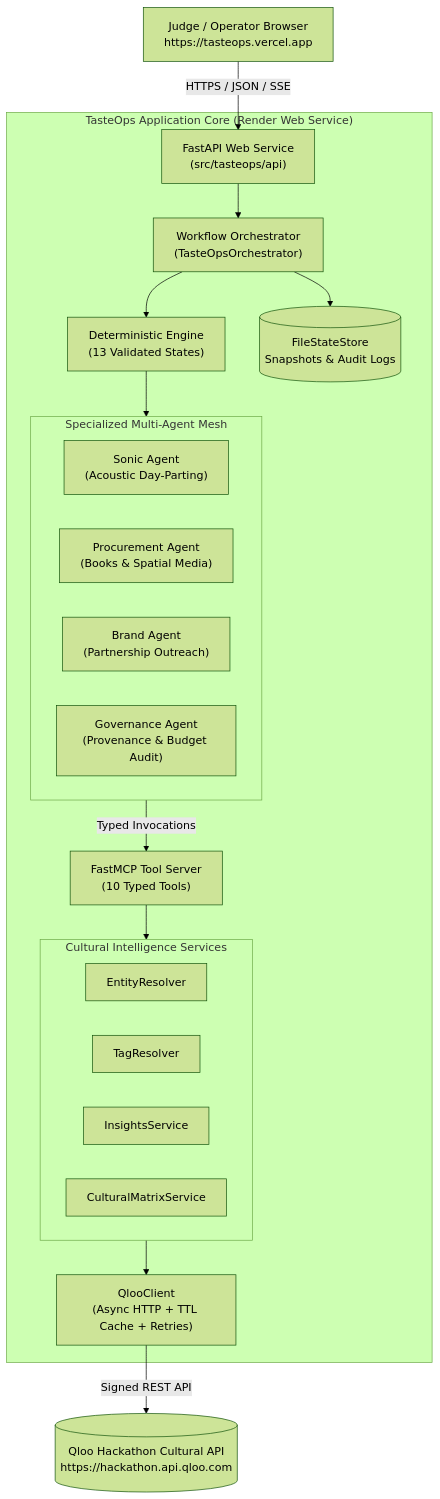
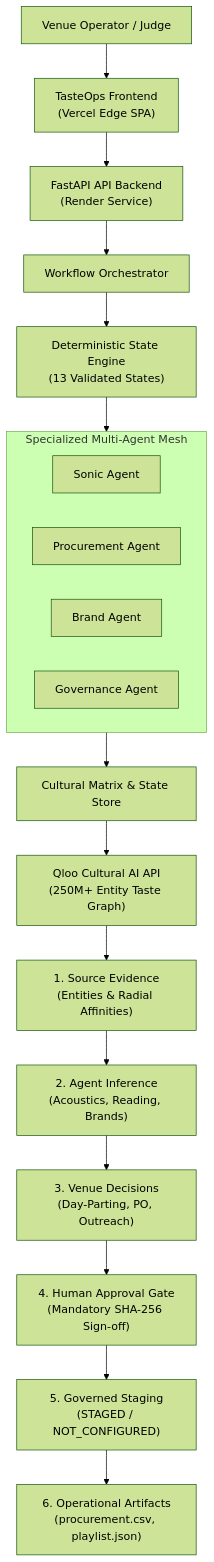
The diagram in README.md (maitray-agrawal/TasteOps), drawn with Mermaid (forest theme) before and after one commit. The commit also changed other lines of this file, not shown here.

Commit message:
chore: finalize TasteOps hackathon submission

````diff
--- a/README.md
+++ b/README.md
@@ -167,41 +96,25 @@
 ```mermaid
 graph TD
-    Client["Judge / Operator Browser<br/>https://tasteops.vercel.app"]
+    User["Venue Operator / Judge"] --> Frontend["TasteOps Frontend<br/>(Vercel Edge SPA)"]
+    Frontend --> API["FastAPI API Backend<br/>(Render Service)"]
+    API --> Orchestrator["Workflow Orchestrator"]
+    Orchestrator --> Engine["Deterministic State Engine<br/>(13 Validated States)"]
     
-    subgraph Core ["TasteOps Application Core (Render Web Service)"]
-        FastAPI["FastAPI Web Service<br/>(src/tasteops/api)"]
-        Orchestrator["Workflow Orchestrator<br/>(TasteOpsOrchestrator)"]
-        Engine["Deterministic Engine<br/>(13 Validated States)"]
-        Store[("FileStateStore<br/>Snapshots & Audit Logs")]
-        
-        subgraph Agents ["Specialized Multi-Agent Mesh"]
-            A1["Sonic Agent<br/>(Acoustic Day-Parting)"]
-            A2["Procurement Agent<br/>(Books & Spatial Media)"]
-            A3["Brand Agent<br/>(Partnership Outreach)"]
-            A4["Governance Agent<br/>(Provenance & Budget Audit)"]
-        end
-        
-        MCP["FastMCP Tool Server<br/>(10 Typed Tools)"]
-        
-        subgraph Services ["Cultural Intelligence Services"]
-            S1["EntityResolver"]
-            S2["TagResolver"]
-            S3["InsightsService"]
-            S4["CulturalMatrixService"]
-        end
-        
-        ClientWrapper["QlooClient<br/>(Async HTTP + TTL Cache + Retries)"]
+    subgraph Agents ["Specialized Multi-Agent Mesh"]
+        A1["Sonic Agent"]
+        A2["Procurement Agent"]
+        A3["Brand Agent"]
+        A4["Governance Agent"]
     end
     
-    QlooAPI[("Qloo Hackathon Cultural API<br/>https://hackathon.api.qloo.com")]
-
-    Client -->|HTTPS / JSON / SSE| FastAPI
-    FastAPI --> Orchestrator
-    Orchestrator --> Engine
-    Orchestrator --> Store
     Engine --> Agents
-    Agents -->|Typed Invocations| MCP
-    MCP --> Services
-    Services --> ClientWrapper
-    ClientWrapper -->|Signed REST API| QlooAPI
+    Agents --> Matrix["Cultural Matrix & State Store"]
+    Matrix --> Qloo["Qloo Cultural AI API<br/>(250M+ Entity Taste Graph)"]
+    
+    Qloo --> Evidence["1. Source Evidence<br/>(Entities & Radial Affinities)"]
+    Evidence --> Inference["2. Agent Inference<br/>(Acoustics, Reading, Brands)"]
+    Inference --> Decisions["3. Venue Decisions<br/>(Day-Parting, PO, Outreach)"]
+    Decisions --> Approval["4. Human Approval Gate<br/>(Mandatory SHA-256 Sign-off)"]
+    Approval --> Execution["5. Governed Staging<br/>(STAGED / NOT_CONFIGURED)"]
+    Execution --> Artifacts["6. Operational Artifacts<br/>(procurement.csv, playlist.json)"]
 ```
````
